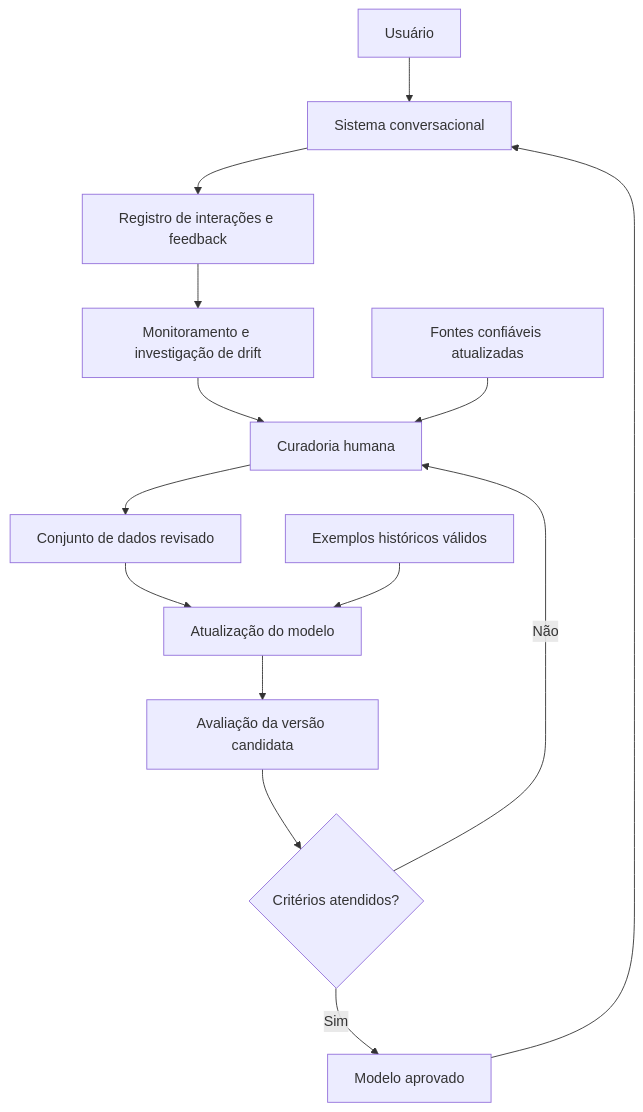
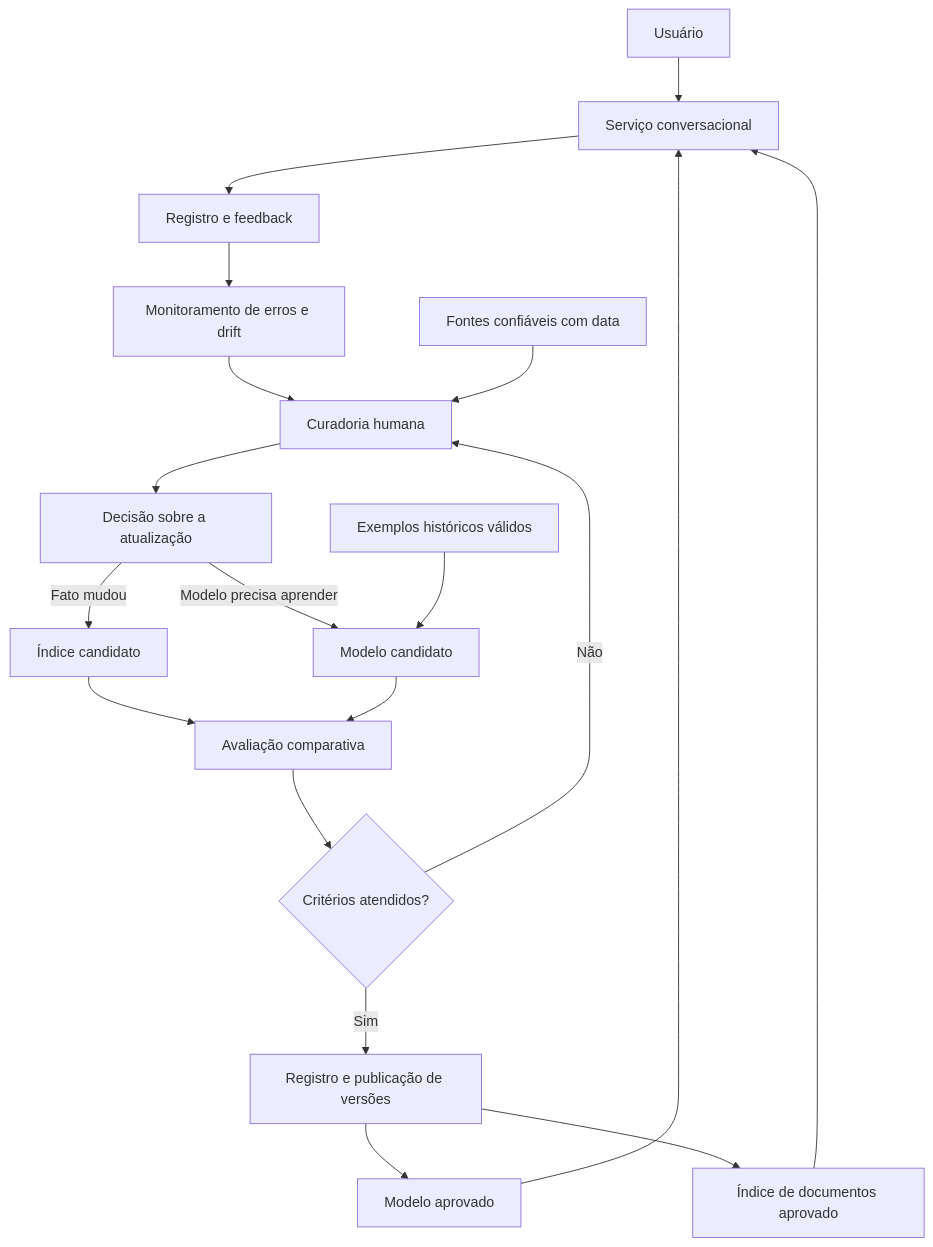
Before and after one commit to marianalreis/ponderada-aprendizado-continuo: the diagram in README.md, drawn with Mermaid. The commit also changed other lines of this file, not shown here.

Commit message:
docs: amplia proposta com comparacao de estrategias

````diff
--- a/README.md
+++ b/README.md
@@ -21,16 +21,21 @@
 ```mermaid
 flowchart TD
-    U[Usuário] --> C[Sistema conversacional]
-    M[Modelo aprovado] --> C
-    C --> R[Registro de interações e feedback]
-    R --> D[Monitoramento e investigação de drift]
-    D --> H[Curadoria humana]
-    F[Fontes confiáveis atualizadas] --> H
-    H --> N[Conjunto de dados revisado]
-    N --> T[Atualização do modelo]
-    B[Exemplos históricos válidos] --> T
-    T --> A[Avaliação da versão candidata]
+    U[Usuário] --> S[Serviço conversacional]
+    M[Modelo aprovado] --> S
+    K[Índice de documentos aprovado] --> S
+    S --> L[Registro e feedback]
+    L --> D[Monitoramento de erros e drift]
+    D --> C[Curadoria humana]
+    F[Fontes confiáveis com data] --> C
+    C --> E[Decisão sobre a atualização]
+    E -->|Fato mudou| I[Índice candidato]
+    E -->|Modelo precisa aprender| T[Modelo candidato]
+    H[Exemplos históricos válidos] --> T
+    I --> A[Avaliação comparativa]
+    T --> A
     A --> G{Critérios atendidos?}
-    G -->|Sim| M
-    G -->|Não| H
+    G -->|Sim| V[Registro e publicação de versões]
+    G -->|Não| C
+    V --> M
+    V --> K
 ```
````
